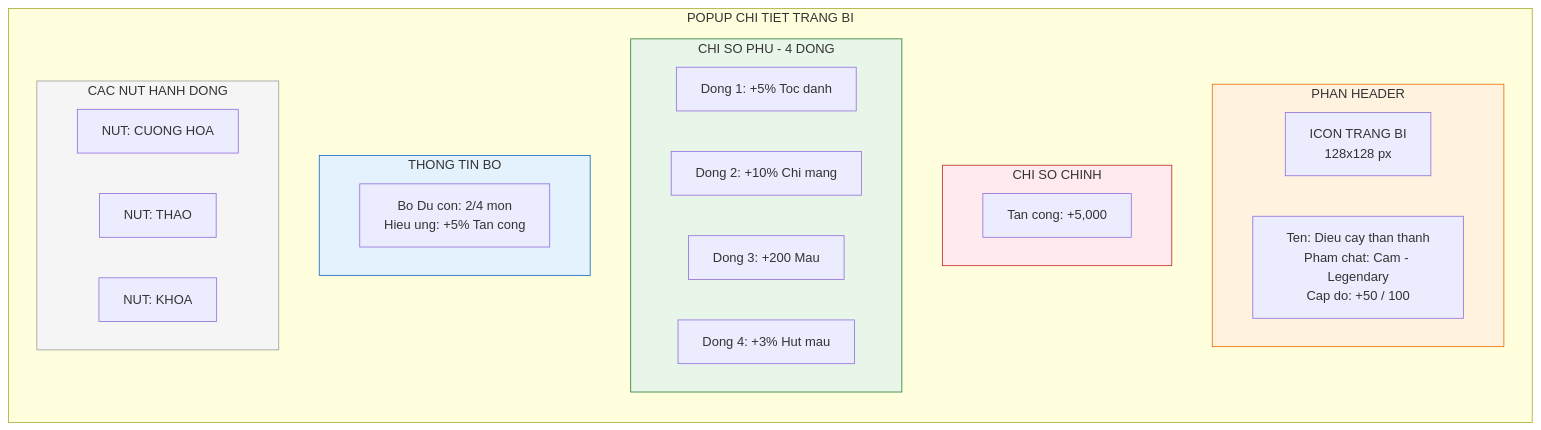
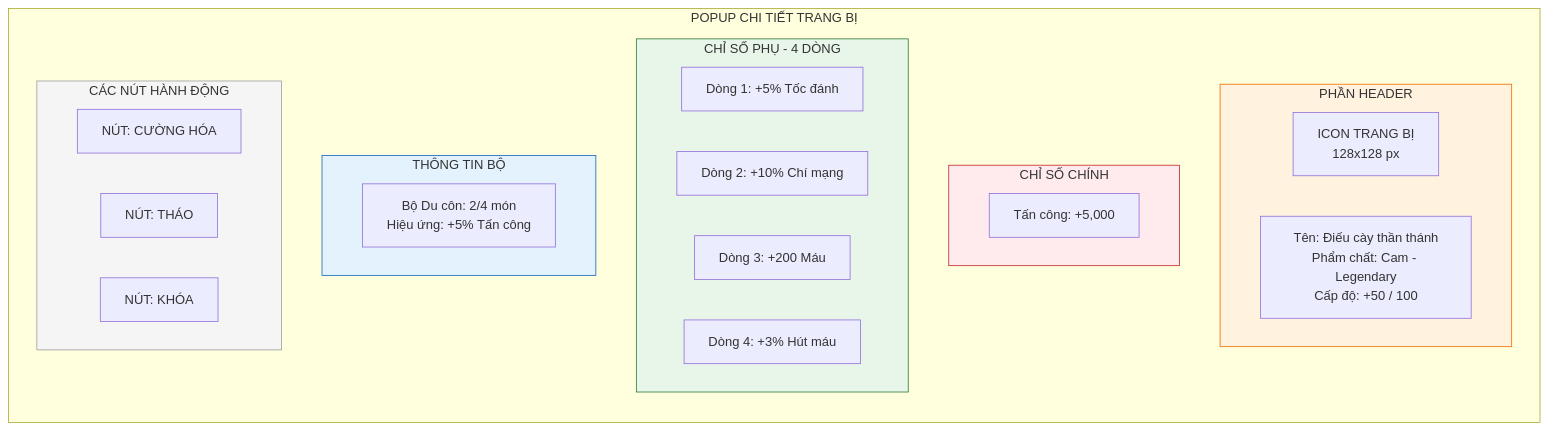
The third of 3 diagrams in docs/he-thong-trang-bi.md (luantran-working/idlegame-designdocs), drawn with Mermaid before and after one commit. The commit also changed other lines of this file and 16 other files, not shown here.

Commit message:
feat: Introduce extensive game design documentation covering game systems, UI, and roadmap, and enable Mermaid diagram support in Docusaurus.

````diff
--- a/docs/he-thong-trang-bi.md
+++ b/docs/he-thong-trang-bi.md
@@ -294,38 +294,38 @@
 ```mermaid
 flowchart TB
-    subgraph Popup["POPUP CHI TIET TRANG BI"]
+    subgraph Popup["POPUP CHI TIẾT TRANG BỊ"]
         direction TB
 
-        subgraph Header["PHAN HEADER"]
-            Icon["ICON TRANG BI<br/>128x128 px"]
-            Info["Ten: Dieu cay than thanh<br/>Pham chat: Cam - Legendary<br/>Cap do: +50 / 100"]
+        subgraph Header["PHẦN HEADER"]
+            Icon["ICON TRANG BỊ<br/>128x128 px"]
+            Info["Tên: Điếu cày thần thánh<br/>Phẩm chất: Cam - Legendary<br/>Cấp độ: +50 / 100"]
         end
 
-        subgraph MainStat["CHI SO CHINH"]
-            Stat1["Tan cong: +5,000"]
+        subgraph MainStat["CHỈ SỐ CHÍNH"]
+            Stat1["Tấn công: +5,000"]
         end
 
-        subgraph SubStats["CHI SO PHU - 4 DONG"]
-            Sub1["Dong 1: +5% Toc danh"]
-            Sub2["Dong 2: +10% Chi mang"]
-            Sub3["Dong 3: +200 Mau"]
-            Sub4["Dong 4: +3% Hut mau"]
+        subgraph SubStats["CHỈ SỐ PHỤ - 4 DÒNG"]
+            Sub1["Dòng 1: +5% Tốc đánh"]
+            Sub2["Dòng 2: +10% Chí mạng"]
+            Sub3["Dòng 3: +200 Máu"]
+            Sub4["Dòng 4: +3% Hút máu"]
         end
 
-        subgraph SetInfo["THONG TIN BO"]
-            Set["Bo Du con: 2/4 mon<br/>Hieu ung: +5% Tan cong"]
+        subgraph SetInfo["THÔNG TIN BỘ"]
+            Set["Bộ Du côn: 2/4 món<br/>Hiệu ứng: +5% Tấn công"]
         end
 
-        subgraph Actions["CAC NUT HANH DONG"]
-            Btn1["NUT: CUONG HOA"]
-            Btn2["NUT: THAO"]
-            Btn3["NUT: KHOA"]
+        subgraph Actions["CÁC NÚT HÀNH ĐỘNG"]
+            Btn1["NÚT: CƯỜNG HÓA"]
+            Btn2["NÚT: THÁO"]
+            Btn3["NÚT: KHÓA"]
         end
     end
 
     style Header fill:#fff3e0,stroke:#ef6c00,stroke-width:1px
     style MainStat fill:#ffebee,stroke:#c62828,stroke-width:1px
     style SubStats fill:#e8f5e9,stroke:#2e7d32,stroke-width:1px
     style SetInfo fill:#e3f2fd,stroke:#1565c0,stroke-width:1px
     style Actions fill:#f5f5f5,stroke:#9e9e9e,stroke-width:1px
 ```
````
